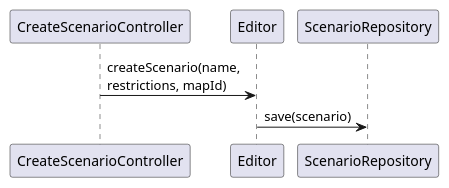
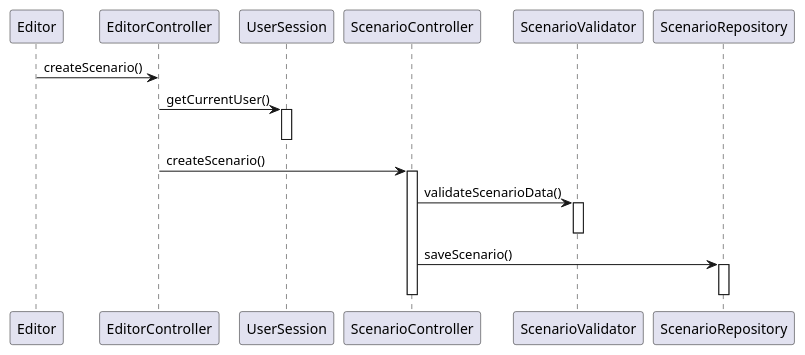
One commit to ivasduarte/all-aboard changed the diagram in docs/sprint2/us004/03.design/puml/us004-create-save-scenario.puml. Above: the diagram before and after it, drawn with PlantUML. The commit also changed 14 other files, not shown here.

```diff
--- a/docs/sprint2/us004/03.design/puml/us004-create-save-scenario.puml
+++ b/docs/sprint2/us004/03.design/puml/us004-create-save-scenario.puml
@@ -1,8 +1,19 @@
 @startuml
-participant CreateScenarioController
-participant Editor
-participant ScenarioRepository
+Editor -> EditorController : createScenario()
+EditorController -> UserSession : getCurrentUser()
+activate UserSession
 
-CreateScenarioController -> Editor : createScenario(name,\nrestrictions, mapId)
-Editor -> ScenarioRepository : save(scenario)
+deactivate UserSession
+EditorController -> ScenarioController : createScenario()
+activate ScenarioController
+
+ScenarioController -> ScenarioValidator : validateScenarioData()
+activate ScenarioValidator
+
+deactivate ScenarioValidator
+ScenarioController -> ScenarioRepository : saveScenario()
+
+activate ScenarioRepository
+deactivate ScenarioRepository
+deactivate ScenarioController
 @enduml
```
